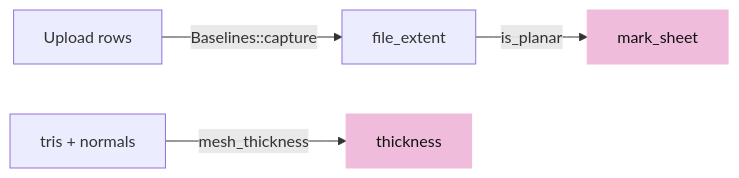
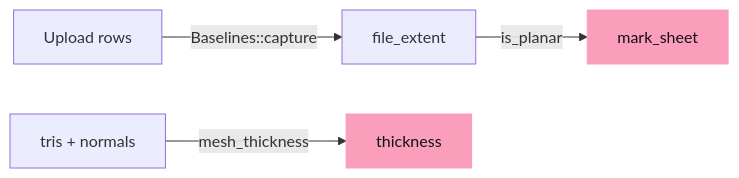
Before and after one commit to petrasvestartas/session: the fifth of 14 diagrams in session_viewer/docs/06-cad-contract.md, drawn with Mermaid. The commit also changed other lines of this file and 328 other files, not shown here.

First line of the commit message:
Course: the palette you sent, and mermaid drawn like the drawings

````diff
--- a/session_viewer/docs/06-cad-contract.md
+++ b/session_viewer/docs/06-cad-contract.md
@@ -105,8 +105,8 @@
 ```mermaid
 flowchart LR
     U["Upload rows"] -- "Baselines::capture" --> B["file_extent"]
     B -- "is_planar" --> S["mark_sheet"]
     T["tris + normals"] -- "mesh_thickness" --> K["thickness"]
-    style S fill:#f0bcdb,stroke:#f0bcdb,color:#111
-    style K fill:#f0bcdb,stroke:#f0bcdb,color:#111
+    style S fill:#fa9ebc,stroke:#fa9ebc,color:#111
+    style K fill:#fa9ebc,stroke:#fa9ebc,color:#111
 ```
````
